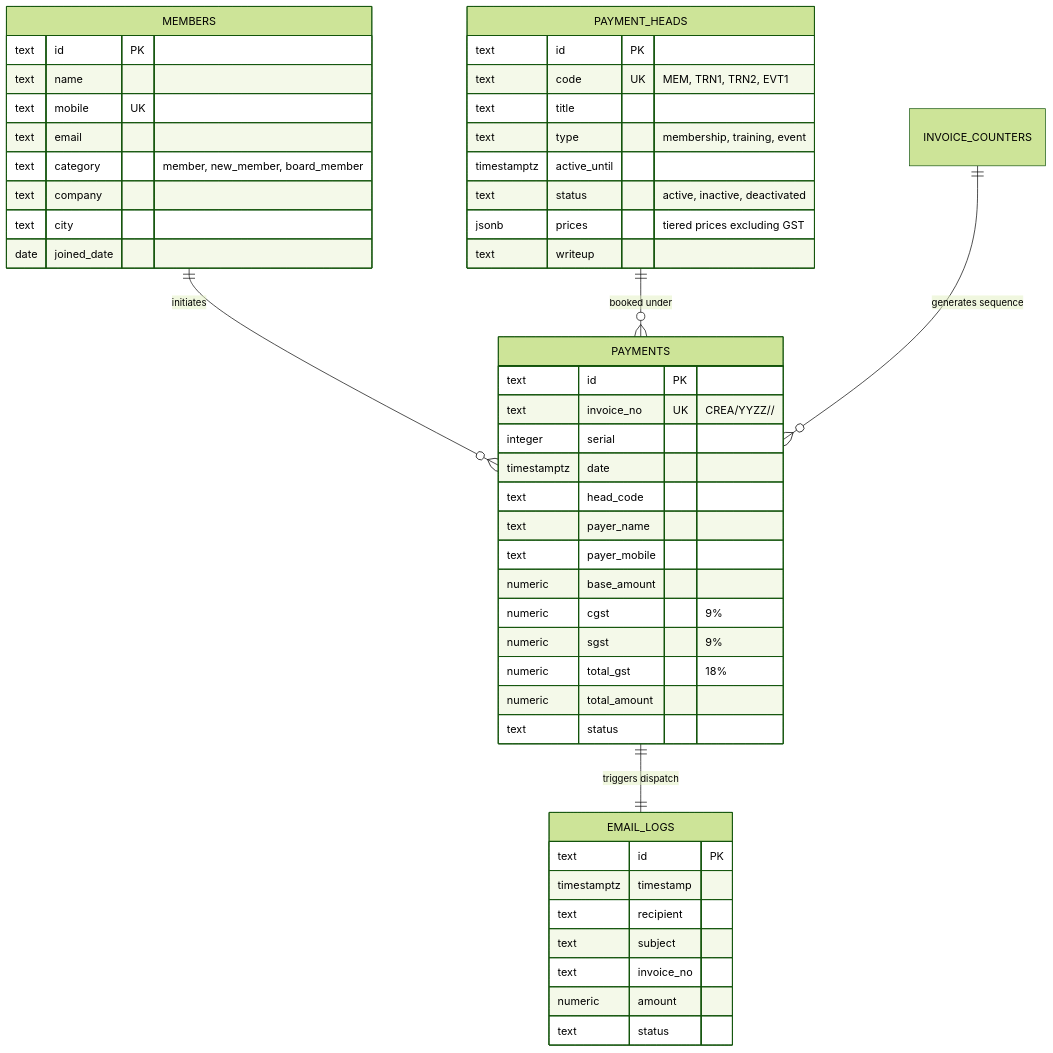
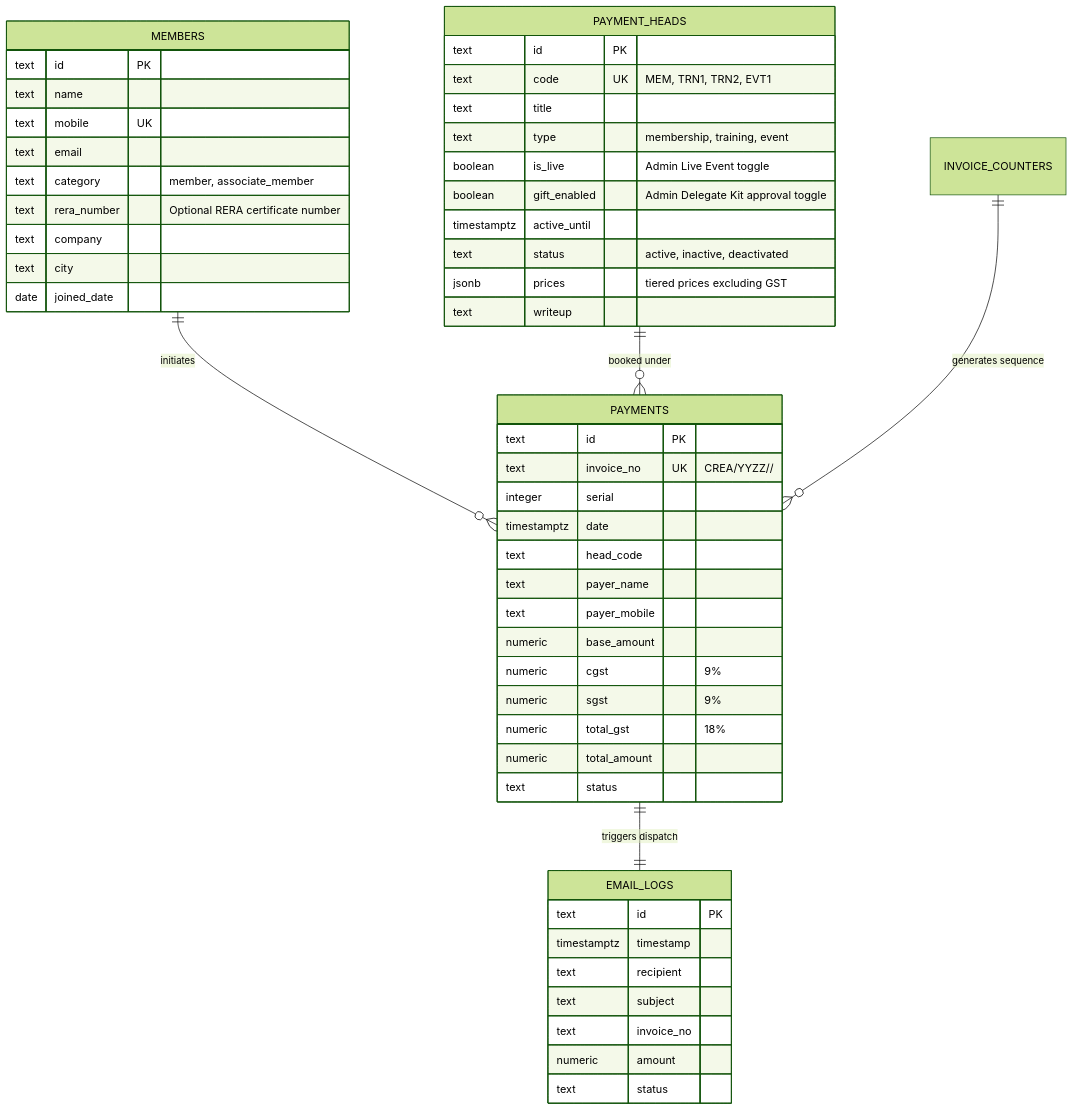
The second of 2 diagrams in docs/architecture.md (jatinprop/creapayments), drawn with Mermaid (forest theme) before and after one commit. The commit also changed 11 other files, not shown here.

Commit message:
Add gift approval toggle, simplify membership to 3 categories, and add optional RERA number

````diff
--- a/docs/architecture.md
+++ b/docs/architecture.md
@@ -49,55 +49,58 @@
 ```mermaid
 erDiagram
     MEMBERS ||--o{ PAYMENTS : "initiates"
     PAYMENT_HEADS ||--o{ PAYMENTS : "booked under"
     PAYMENTS ||--|| EMAIL_LOGS : "triggers dispatch"
     INVOICE_COUNTERS ||--o{ PAYMENTS : "generates sequence"
 
     MEMBERS {
         text id PK
         text name
         text mobile UK
         text email
-        text category "member, new_member, board_member"
+        text category "member, associate_member"
+        text rera_number "Optional RERA certificate number"
         text company
         text city
         date joined_date
     }
 
     PAYMENT_HEADS {
         text id PK
         text code UK "MEM, TRN1, TRN2, EVT1"
         text title
         text type "membership, training, event"
+        boolean is_live "Admin Live Event toggle"
+        boolean gift_enabled "Admin Delegate Kit approval toggle"
         timestamptz active_until
         text status "active, inactive, deactivated"
         jsonb prices "tiered prices excluding GST"
         text writeup
     }
 
     PAYMENTS {
         text id PK
         text invoice_no UK "CREA/YYZZ/<HEAD>/<SERIAL>"
         integer serial
         timestamptz date
         text head_code
         text payer_name
         text payer_mobile
         numeric base_amount
         numeric cgst "9%"
         numeric sgst "9%"
         numeric total_gst "18%"
         numeric total_amount
         text status
     }
 
     EMAIL_LOGS {
         text id PK
         timestamptz timestamp
         text recipient
         text subject
         text invoice_no
         numeric amount
         text status
     }
 ```
````
